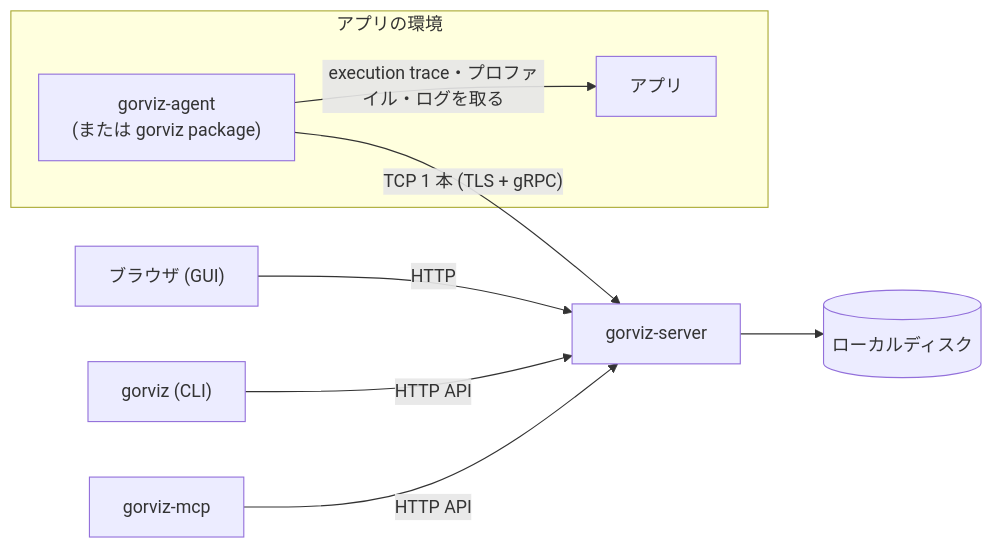
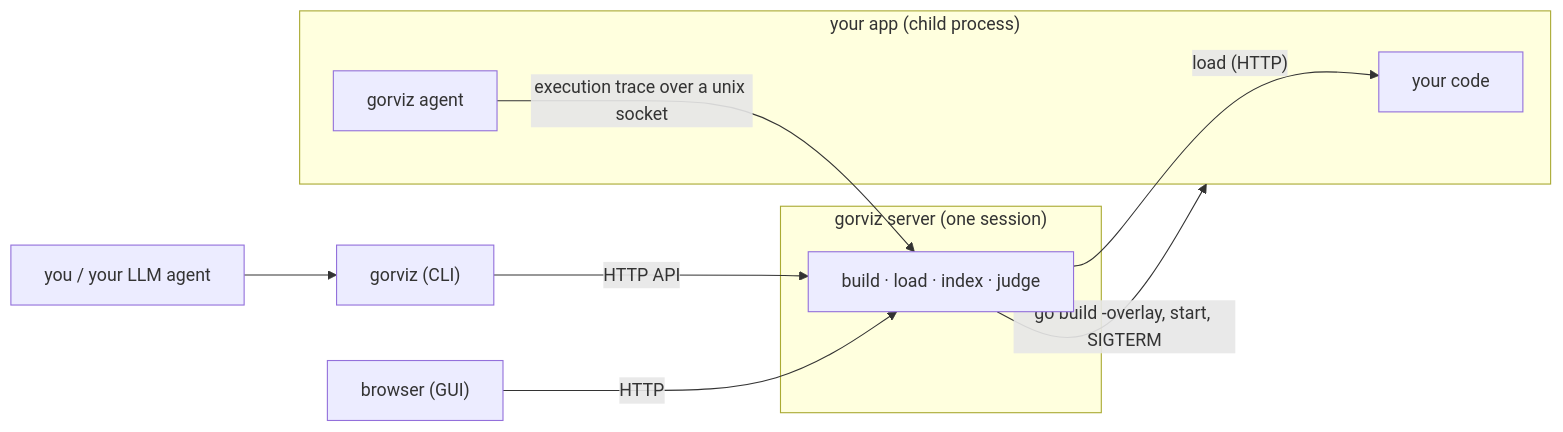
One commit to kakkky/gorviz changed the diagram in README.md. Above: the diagram before and after it, drawn with Mermaid. The commit also changed other lines of this file and 5 other files, not shown here.

````diff
--- a/README.md
+++ b/README.md
@@ -37,19 +58,20 @@
 ```mermaid
 flowchart LR
-    subgraph appenv["アプリの環境"]
-        app["アプリ"]
-        agent["gorviz-agent<br/>(または gorviz package)"]
+    you["you / your LLM agent"]
+    cli["gorviz (CLI)"]
+    subgraph daemon["gorviz server (one session)"]
+        server["build · load · index · judge"]
     end
-    server["gorviz-server"]
-    disk[("ローカルディスク")]
-    browser["ブラウザ (GUI)"]
-    cli["gorviz (CLI)"]
-    mcp["gorviz-mcp"]
+    subgraph app["your app (child process)"]
+        code["your code"]
+        agent["gorviz agent"]
+    end
+    browser["browser (GUI)"]
 
-    agent -->|"execution trace・プロファイル・ログを取る"| app
-    agent -->|"TCP 1 本 (TLS + gRPC)"| server
-    server --> disk
+    you --> cli
+    cli -->|"HTTP API"| server
+    server -->|"go build -overlay, start, SIGTERM"| app
+    server -->|"load (HTTP)"| code
+    agent -->|"execution trace over a unix socket"| server
     browser -->|"HTTP"| server
-    cli -->|"HTTP API"| server
-    mcp -->|"HTTP API"| server
 ```
````
